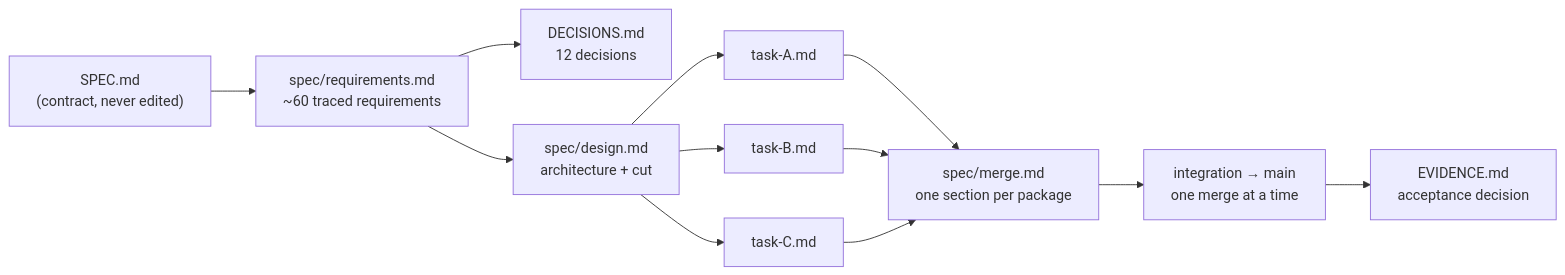
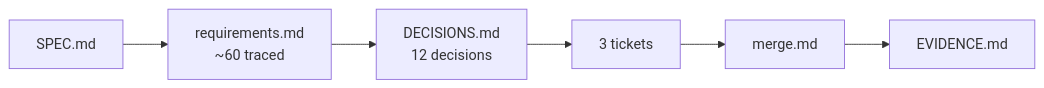
One commit to tho-ple/MSE-AI-LAB-03 changed the second of 5 diagrams in video/presentation.md. Above: the diagram before and after it, drawn with Mermaid. The commit also changed other lines of this file and 1 other file, not shown here.

Commit message:
Cut video to under four minutes

````diff
--- a/video/presentation.md
+++ b/video/presentation.md
@@ -39,10 +24,4 @@
 ```mermaid
 flowchart LR
-    S["SPEC.md<br/>(contract, never edited)"] --> R["spec/requirements.md<br/>~60 traced requirements"]
-    R --> DEC["DECISIONS.md<br/>12 decisions"]
-    R --> DS["spec/design.md<br/>architecture + cut"]
-    DS --> A["task-A.md"] & B["task-B.md"] & C["task-C.md"]
-    A & B & C --> M["spec/merge.md<br/>one section per package"]
-    M --> I["integration → main<br/>one merge at a time"]
-    I --> E["EVIDENCE.md<br/>acceptance decision"]
+    S["SPEC.md"] --> R["requirements.md<br/>~60 traced"] --> DEC["DECISIONS.md<br/>12 decisions"] --> T["3 tickets"] --> M["merge.md"] --> E["EVIDENCE.md"]
 ```
````
